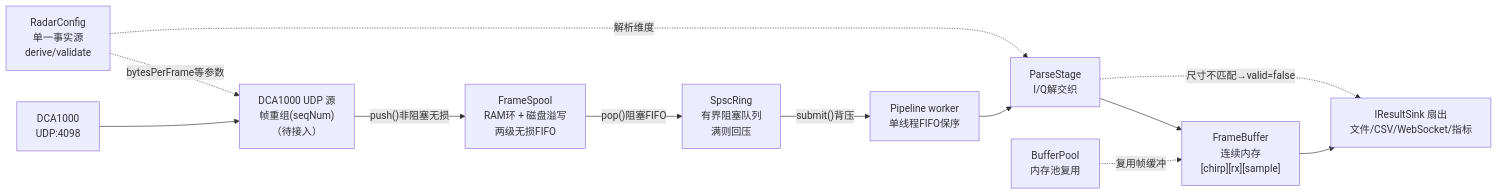
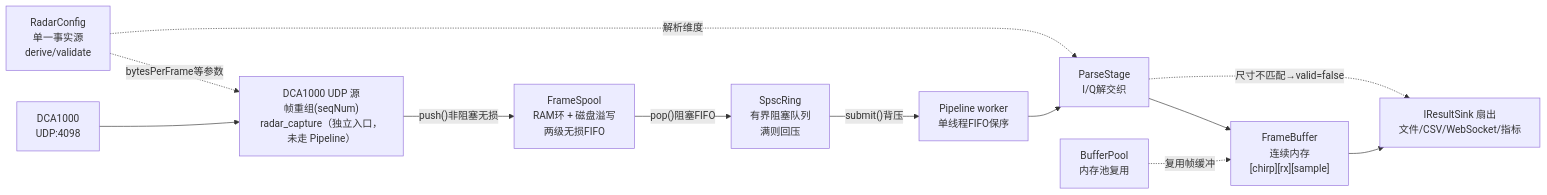
One commit to Lukad77/awr1843-radar-toolkit changed the third of 4 diagrams in README.md. Above: the diagram before and after it, drawn with Mermaid. The commit also changed other lines of this file and 4 other files, not shown here.

````diff
--- a/README.md
+++ b/README.md
@@ -177,25 +274,25 @@
 ```mermaid
 flowchart LR
     NET["DCA1000<br/>UDP:4098"]
-    RECV["DCA1000 UDP 源<br/>帧重组(seqNum)<br/>（待接入）"]
+    RECV["DCA1000 UDP 源<br/>帧重组(seqNum)<br/>radar_capture（独立入口，未走 Pipeline）"]
     SPOOL["FrameSpool<br/>RAM环 + 磁盘溢写<br/>两级无损FIFO"]
     RING["SpscRing<br/>有界阻塞队列<br/>满则回压"]
     WORKER["Pipeline worker<br/>单线程FIFO保序"]
     PARSE["ParseStage<br/>I/Q解交织"]
     FB["FrameBuffer<br/>连续内存<br/>[chirp][rx][sample]"]
     SINK["IResultSink 扇出<br/>文件/CSV/WebSocket/指标"]
     POOL["BufferPool<br/>内存池复用"]
     CFG["RadarConfig<br/>单一事实源<br/>derive/validate"]
 
     NET --> RECV
     RECV -->|"push()非阻塞无损"| SPOOL
     SPOOL -->|"pop()阻塞FIFO"| RING
     RING -->|"submit()背压"| WORKER
     WORKER --> PARSE
     PARSE --> FB
     FB --> SINK
     POOL -.复用帧缓冲.-> FB
     CFG -.bytesPerFrame等参数.-> RECV
     CFG -.解析维度.-> PARSE
     PARSE -.尺寸不匹配→valid=false.-> SINK
 ```
````
